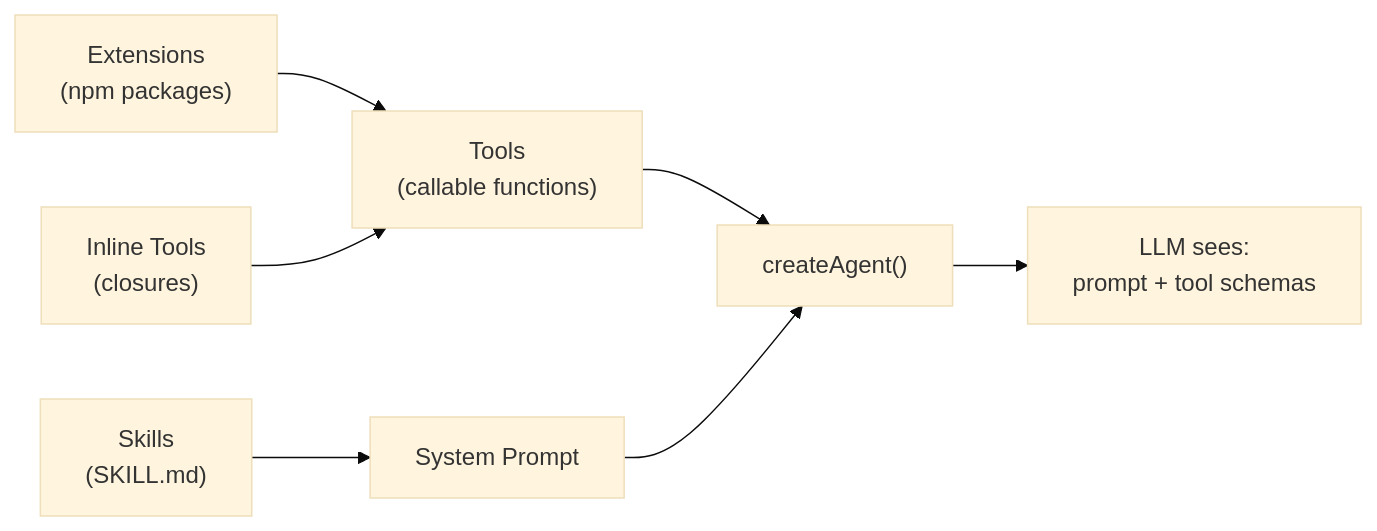
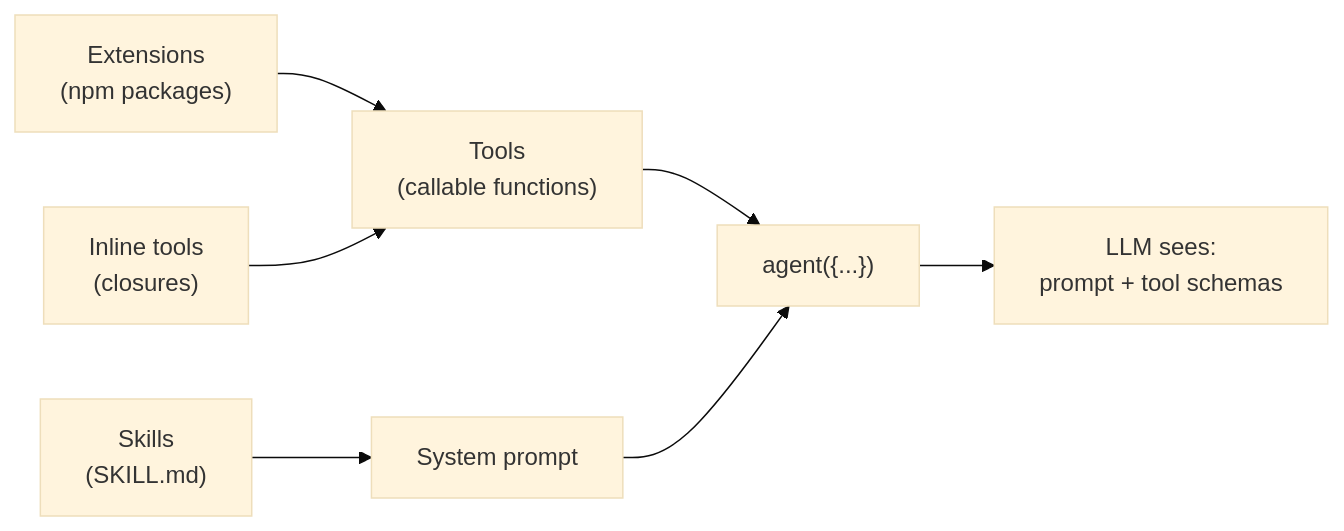
Before and after one commit to framersai/agentos-live-docs: the second of 2 diagrams in docs/architecture/skills-vs-tools-vs-extensions.md, drawn with Mermaid (base theme). The commit also changed other lines of this file, not shown here.

First line of the commit message:
docs: rewrite skills-vs-tools-vs-extensions in narrative voice

````diff
--- a/docs/architecture/skills-vs-tools-vs-extensions.md
+++ b/docs/architecture/skills-vs-tools-vs-extensions.md
@@ -145,9 +167,9 @@
 ```mermaid
 graph LR
     E["Extensions<br/>(npm packages)"] --> T["Tools<br/>(callable functions)"]
-    I["Inline Tools<br/>(closures)"] --> T
-    T --> A["createAgent()"]
-    S["Skills<br/>(SKILL.md)"] --> P["System Prompt"]
+    I["Inline tools<br/>(closures)"] --> T
+    T --> A["agent({...})"]
+    S["Skills<br/>(SKILL.md)"] --> P["System prompt"]
     P --> A
     A --> L["LLM sees:<br/>prompt + tool schemas"]
 ```
````
